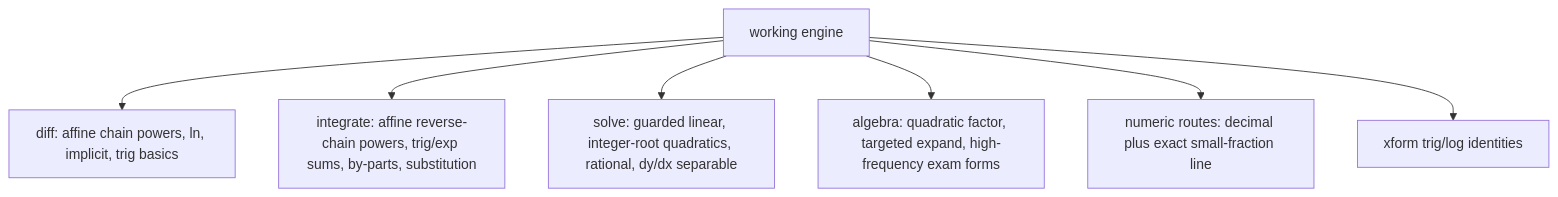
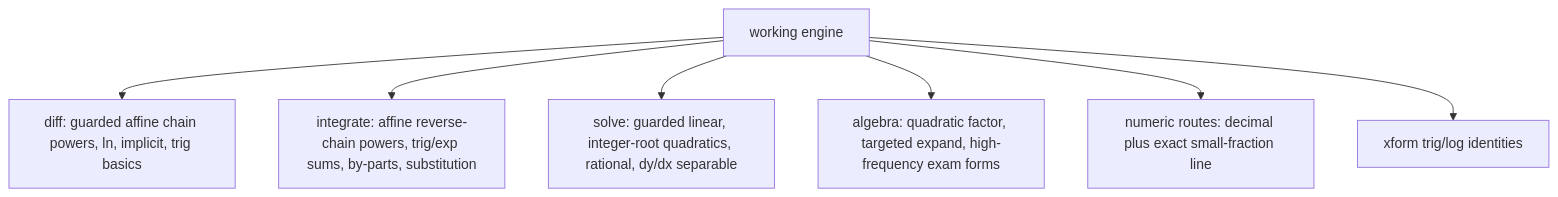
The third of 5 diagrams in docs/GRAPH.md (james8464/notes-addin-casio-fx-cg50), drawn with Mermaid before and after one commit. The commit also changed other lines of this file and 3 other files, not shown here.

Commit message:
fix: guard affine chain working parser

````diff
--- a/docs/GRAPH.md
+++ b/docs/GRAPH.md
@@ -34,9 +34,9 @@
 ```mermaid
 graph TD
-  Work["working engine"] --> Diff["diff: affine chain powers, ln, implicit, trig basics"]
+  Work["working engine"] --> Diff["diff: guarded affine chain powers, ln, implicit, trig basics"]
   Work --> Int["integrate: affine reverse-chain powers, trig/exp sums, by-parts, substitution"]
   Work --> Solve["solve: guarded linear, integer-root quadratics, rational, dy/dx separable"]
   Work --> Alg["algebra: quadratic factor, targeted expand, high-frequency exam forms"]
   Work --> Num["numeric routes: decimal plus exact small-fraction line"]
   Work --> Xform["xform trig/log identities"]
 ```
````
